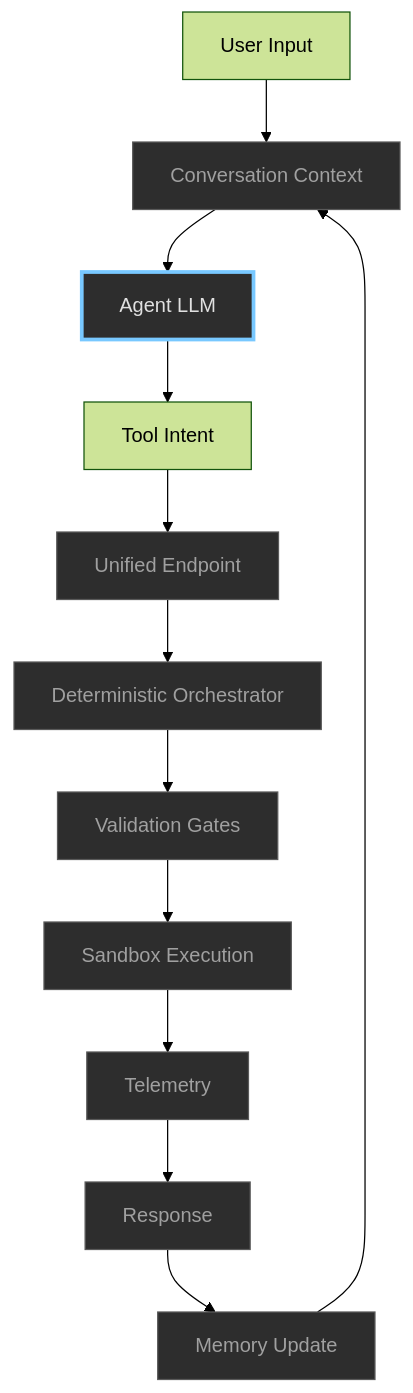
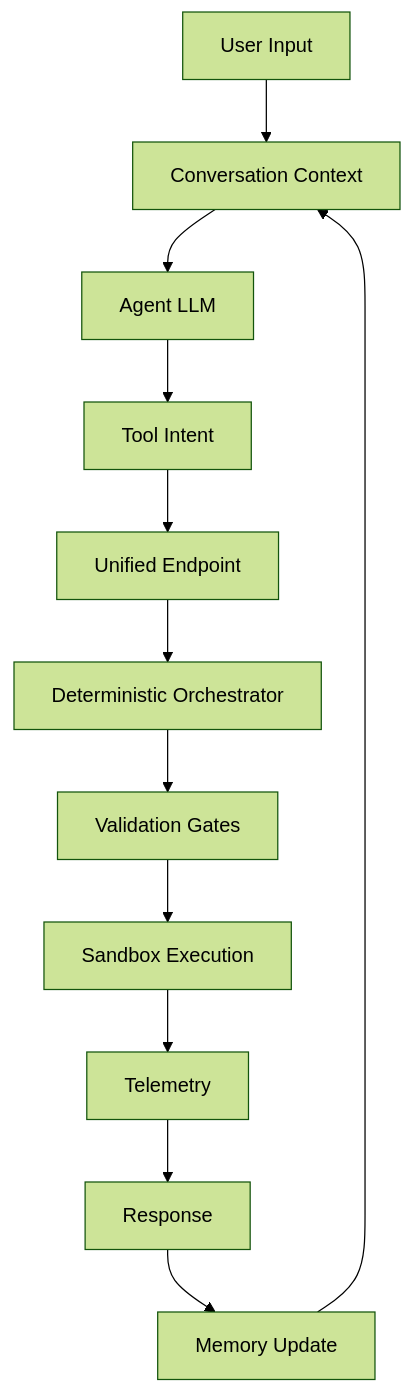
The first of 2 diagrams in README.md (Crea1ions/Arke), drawn with Mermaid (forest theme) before and after one commit.

````diff
--- a/README.md
+++ b/README.md
@@ -103,24 +103,14 @@
 ```mermaid
 graph TD
     A[User Input] --> B[Conversation Context]
     B --> C[Agent LLM]
     C --> D[Tool Intent]
     D --> E[Unified Endpoint]
     E --> F[Deterministic Orchestrator]
     F --> G[Validation Gates]
     G --> H[Sandbox Execution]
     H --> I[Telemetry]
     I --> J[Response]
     J --> K[Memory Update]
     K --> B
-
-    style C fill:#2d2d2d,stroke:#78c8ff,stroke-width:3px,color:#e0e0e0
-    style F fill:#2d2d2d,stroke:#5a5a5a,stroke-width:1px,color:#a0a0a0
-    style E fill:#2d2d2d,stroke:#5a5a5a,stroke-width:1px,color:#a0a0a0
-    style G fill:#2d2d2d,stroke:#5a5a5a,stroke-width:1px,color:#a0a0a0
-    style H fill:#2d2d2d,stroke:#5a5a5a,stroke-width:1px,color:#a0a0a0
-    style I fill:#2d2d2d,stroke:#5a5a5a,stroke-width:1px,color:#a0a0a0
-    style J fill:#2d2d2d,stroke:#5a5a5a,stroke-width:1px,color:#a0a0a0
-    style K fill:#2d2d2d,stroke:#5a5a5a,stroke-width:1px,color:#a0a0a0
-    style B fill:#2d2d2d,stroke:#5a5a5a,stroke-width:1px,color:#a0a0a0
 ```
````
